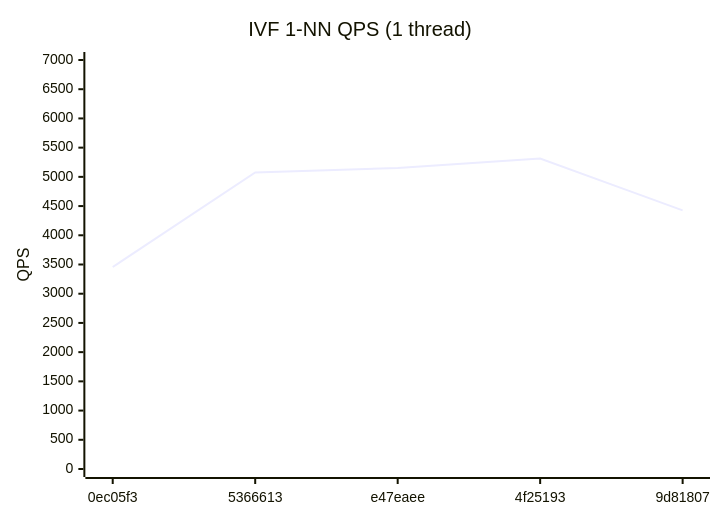
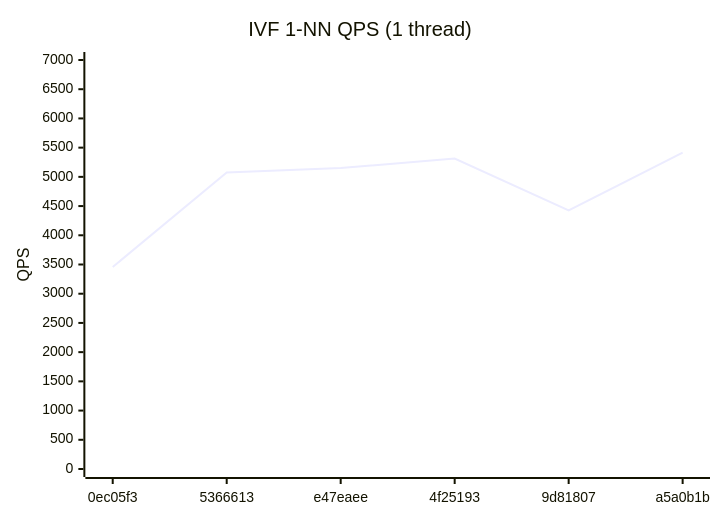
One commit to bibidhSubedi0/RedBoxDb changed the third of 4 diagrams in benchmarks/REPORT.md. Above: the diagram before and after it, drawn with Mermaid. The commit also changed other lines of this file and 1 other file, not shown here.

````diff
--- a/benchmarks/REPORT.md
+++ b/benchmarks/REPORT.md
@@ -39,7 +39,7 @@
 ```mermaid
 xychart-beta
   title "IVF 1-NN QPS (1 thread)"
-  x-axis ["0ec05f3", "5366613", "e47eaee", "4f25193", "9d81807"]
+  x-axis ["0ec05f3", "5366613", "e47eaee", "4f25193", "9d81807", "a5a0b1b"]
   y-axis "QPS" 0 --> 7000
-  line [3457, 5074, 5151, 5312, 4427]
+  line [3457, 5074, 5151, 5312, 4427, 5414]
 ```
````
